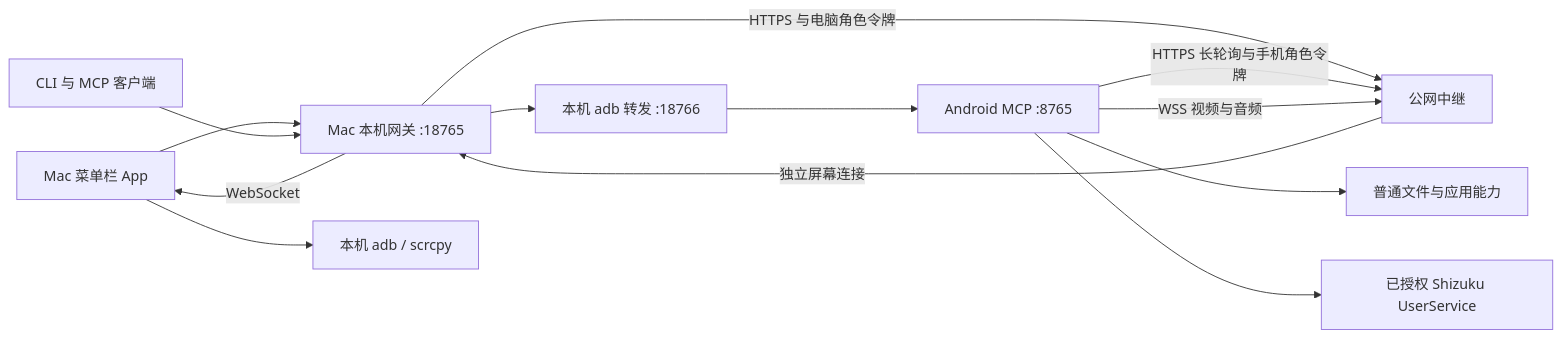
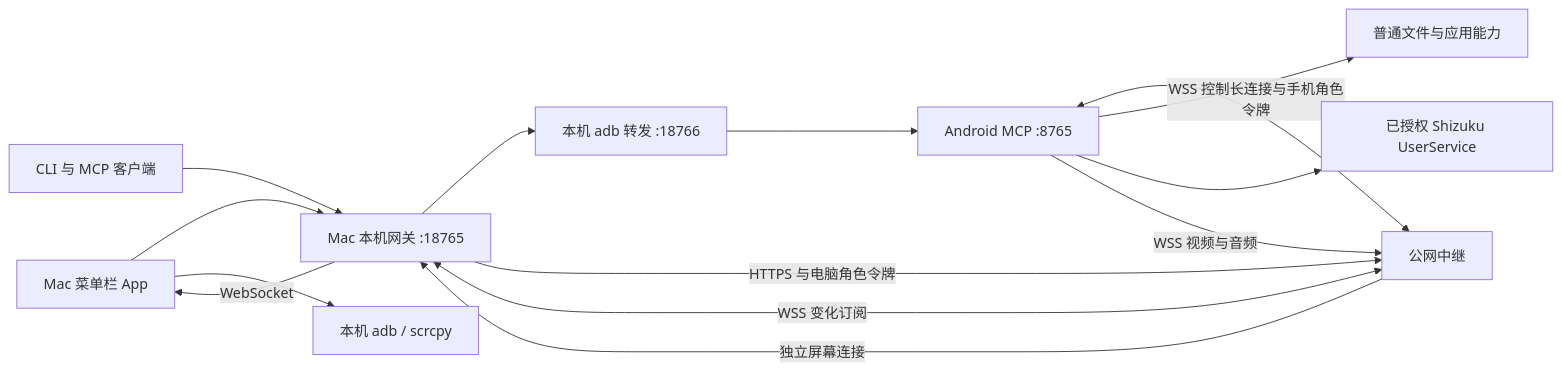
Before and after one commit to qx0657/phone-station: the diagram in docs/architecture.md, drawn with Mermaid. The commit also changed other lines of this file and 54 other files, not shown here.

````diff
--- a/docs/architecture.md
+++ b/docs/architecture.md
@@ -5,15 +5,16 @@
 ```mermaid
 flowchart LR
   App[Mac 菜单栏 App] --> Gateway[Mac 本机网关 :18765]
   CLI[CLI 与 MCP 客户端] --> Gateway
   Gateway --> Forward[本机 adb 转发 :18766]
   Forward --> Phone[Android MCP :8765]
   Gateway -->|HTTPS 与电脑角色令牌| Relay[公网中继]
-  Phone -->|HTTPS 长轮询与手机角色令牌| Relay
+  Phone <-->|WSS 控制长连接与手机角色令牌| Relay
+  Gateway <-->|WSS 变化订阅| Relay
   Phone --> Files[普通文件与应用能力]
   Phone --> Shizuku[已授权 Shizuku UserService]
   App --> ADB[本机 adb / scrcpy]
   Phone -->|WSS 视频与音频| Relay
   Relay -->|独立屏幕连接| Gateway
   Gateway -->|WebSocket| App
 ```
````
